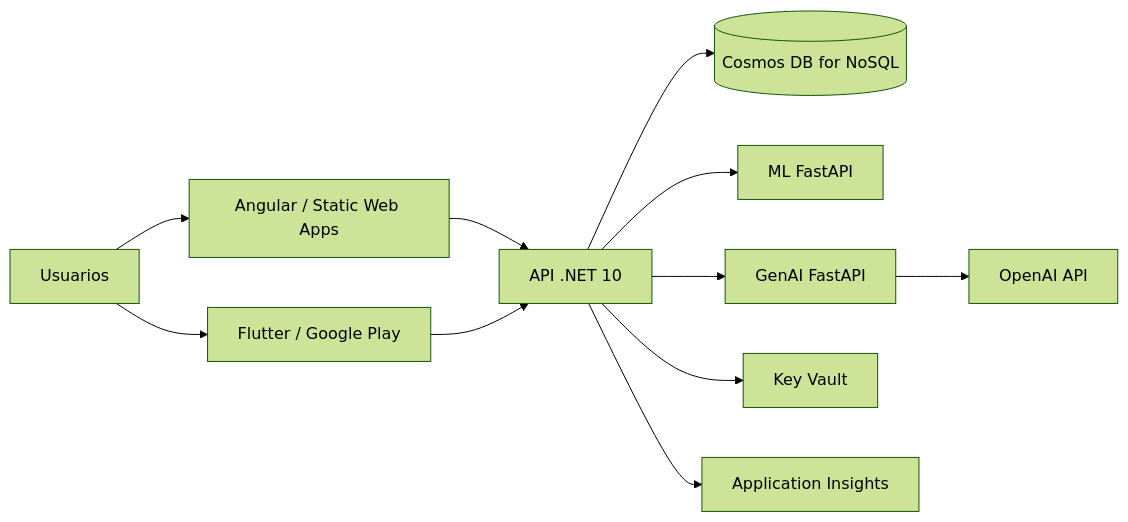
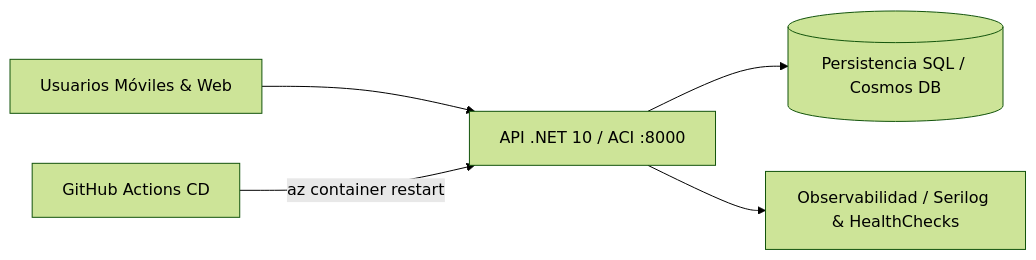
One commit to bustrack0102/bustrack-api changed the diagram in azure/README.md. Above: the diagram before and after it, drawn with Mermaid (forest theme). The commit also changed other lines of this file and 1 other file, not shown here.

````diff
--- a/azure/README.md
+++ b/azure/README.md
@@ -12,13 +11,7 @@
 ```mermaid
 flowchart LR
-  U[Usuarios] --> W[Angular / Static Web Apps]
-  U --> M[Flutter / Google Play]
-  W --> API[API .NET 10]
-  M --> API
-  API --> CO[(Cosmos DB for NoSQL)]
-  API --> ML[ML FastAPI]
-  API --> G[GenAI FastAPI]
-  API --> KV[Key Vault]
-  API --> AI[Application Insights]
-  G --> OAI[OpenAI API]
+  U[Usuarios Móviles & Web] --> API[API .NET 10 / ACI :8000]
+  API --> CO[(Persistencia SQL / Cosmos DB)]
+  API --> AI[Observabilidad / Serilog & HealthChecks]
+  GH[GitHub Actions CD] -->|az container restart| API
 ```
````
